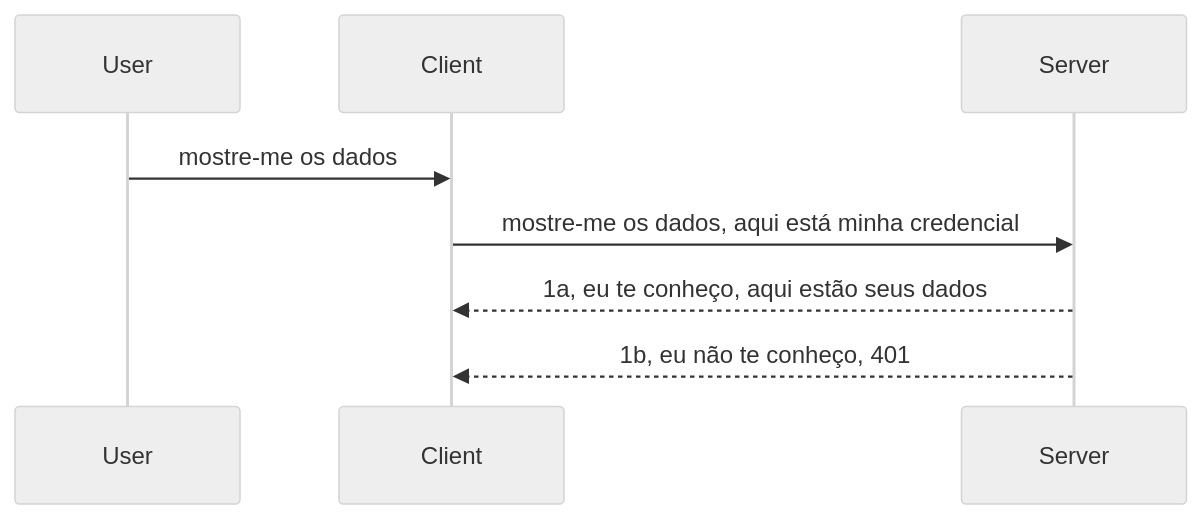
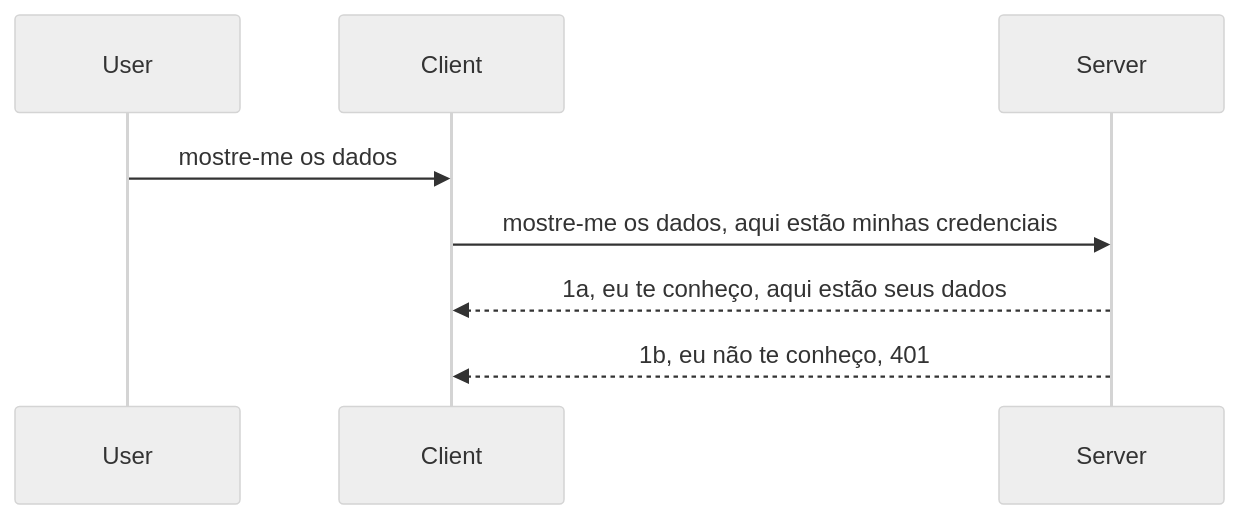
Before and after one commit to HIDORAKAI002/ai-workspace-archive: the diagram in mcp_ecosystem__model_context_protocol/mcp_learning_resources/mcp-for-beginners/translations/pt-BR/03-GettingStarted/11-simple-auth/README.md, drawn with Mermaid (neutral theme). The commit also changed other lines of this file and 1160 other files, not shown here.

````diff
--- a/mcp_ecosystem__model_context_protocol/mcp_learning_resources/mcp-for-beginners/translations/pt-BR/03-GettingStarted/11-simple-auth/README.md
+++ b/mcp_ecosystem__model_context_protocol/mcp_learning_resources/mcp-for-beginners/translations/pt-BR/03-GettingStarted/11-simple-auth/README.md
@@ -24,11 +24,11 @@
 ```mermaid
 sequenceDiagram
    participant User
    participant Client
    participant Server
 
    User->>Client: mostre-me os dados
-   Client->>Server: mostre-me os dados, aqui está minha credencial
+   Client->>Server: mostre-me os dados, aqui estão minhas credenciais
    Server-->>Client: 1a, eu te conheço, aqui estão seus dados
    Server-->>Client: 1b, eu não te conheço, 401 
 ```
````
